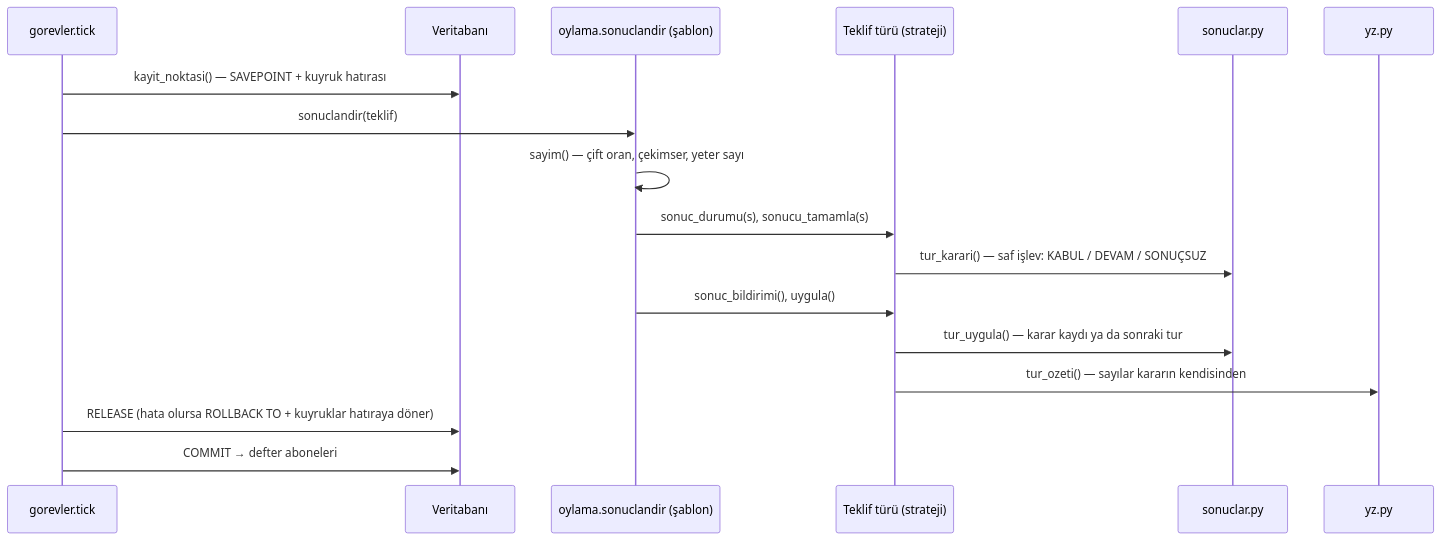
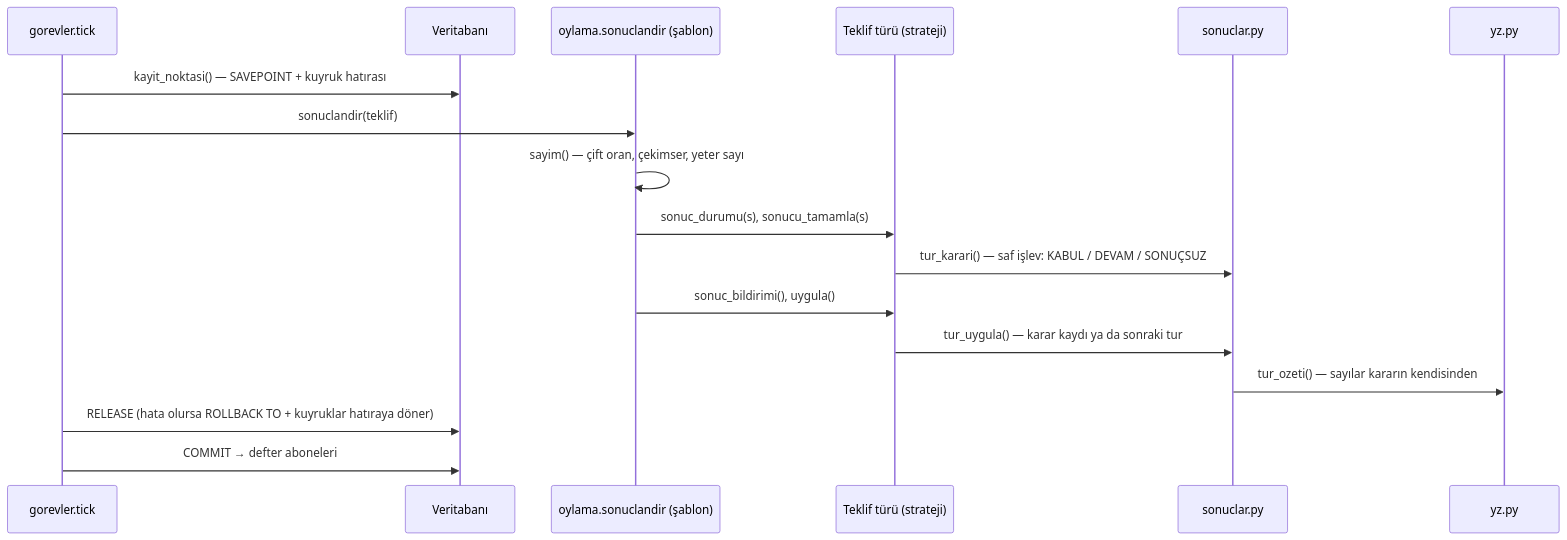
One commit to Baki-B/YZM327-Odevler changed the fourth of 12 diagrams in docs/tasarim.md. Above: the diagram before and after it, drawn with Mermaid. The commit also changed other lines of this file and 8 other files, not shown here.

````diff
--- a/docs/tasarim.md
+++ b/docs/tasarim.md
@@ -84,19 +84,19 @@
 ```mermaid
 sequenceDiagram
   participant Z as gorevler.tick
   participant V as Veritabanı
   participant O as oylama.sonuclandir (şablon)
   participant T as Teklif türü (strateji)
   participant S as sonuclar.py
   participant Y as yz.py
   Z->>V: kayit_noktasi() — SAVEPOINT + kuyruk hatırası
   Z->>O: sonuclandir(teklif)
   O->>O: sayim() — çift oran, çekimser, yeter sayı
   O->>T: sonuc_durumu(s), sonucu_tamamla(s)
   T->>S: tur_karari() — saf işlev: KABUL / DEVAM / SONUÇSUZ
   O->>T: sonuc_bildirimi(), uygula()
   T->>S: tur_uygula() — karar kaydı ya da sonraki tur
-  T->>Y: tur_ozeti() — sayılar kararın kendisinden
+  S->>Y: tur_ozeti() — sayılar kararın kendisinden
   Z->>V: RELEASE (hata olursa ROLLBACK TO + kuyruklar hatıraya döner)
   Z->>V: COMMIT → defter aboneleri
 ```
````
